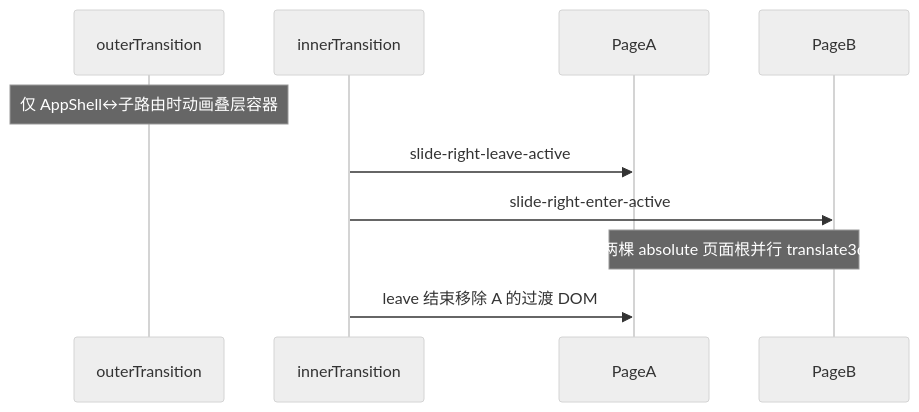
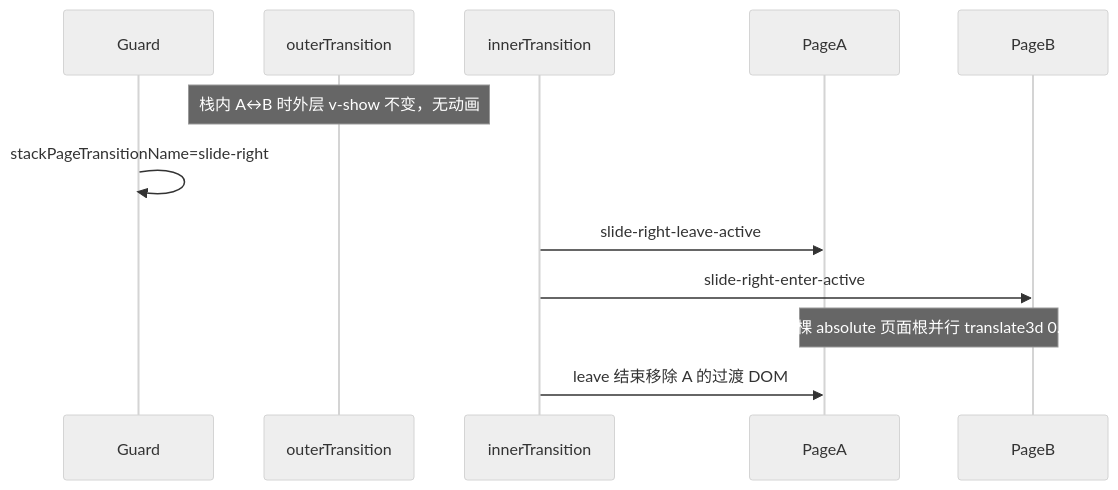
The second of 2 diagrams in skills/spa-native-app-framework/references/transition-animation.md (DiclZYY/code-helper-skills), drawn with Mermaid (neutral theme) before and after one commit. The commit also changed other lines of this file and 2 other files, not shown here.

Commit message:
fix: update version to 0.1.5 and enhance transition handling in SPA framework

````diff
--- a/skills/spa-native-app-framework/references/transition-animation.md
+++ b/skills/spa-native-app-framework/references/transition-animation.md
@@ -125,13 +189,15 @@
 ```mermaid
 sequenceDiagram
+  participant Guard
   participant Outer as outerTransition
   participant Inner as innerTransition
   participant PageA
   participant PageB
 
-  Note over Outer: 仅 AppShell↔子路由时动画叠层容器
+  Note over Outer: 栈内 A↔B 时外层 v-show 不变，无动画
+  Guard->>Guard: stackPageTransitionName=slide-right
   Inner->>PageA: slide-right-leave-active
   Inner->>PageB: slide-right-enter-active
-  Note over PageA,PageB: 两棵 absolute 页面根并行 translate3d
+  Note over PageA,PageB: 两棵 absolute 页面根并行 translate3d 0.5s
   Inner->>PageA: leave 结束移除 A 的过渡 DOM
 ```
````
